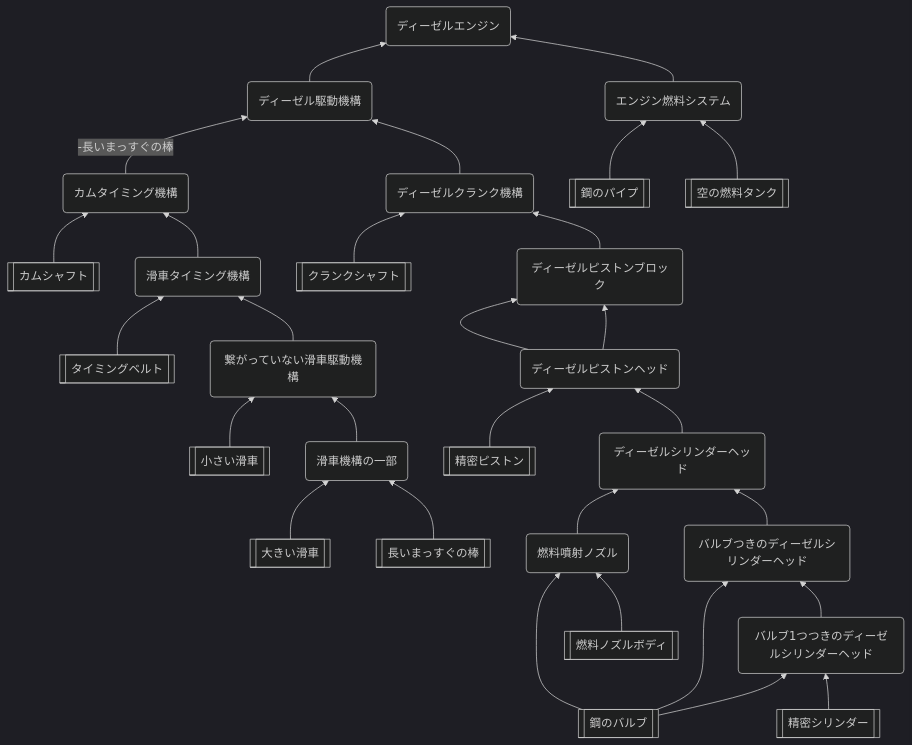
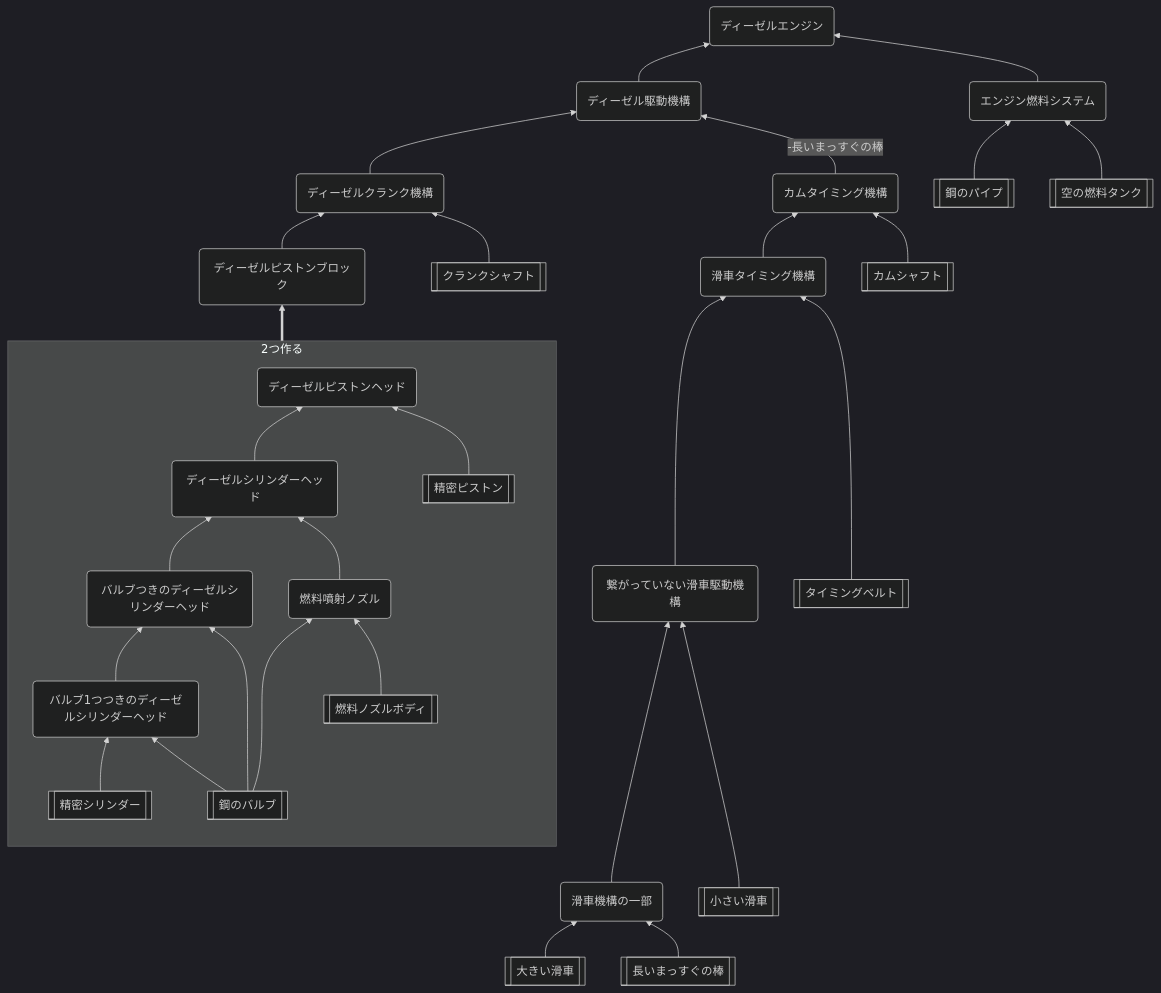
Before and after one commit to aya-0p/yah-craft-recipe: the diagram in Engine-craft.md, drawn with Mermaid (dark theme). The commit also changed other lines of this file, not shown here.

````diff
--- a/Engine-craft.md
+++ b/Engine-craft.md
@@ -2,45 +2,48 @@
 ```mermaid
 flowchart BT
 aa[[鋼のパイプ]]
 ab[[精密シリンダー]]
 ac[[燃料ノズルボディ]]
 ad[[鋼のバルブ]]
 ae[[精密ピストン]]
 af[[クランクシャフト]]
 ag[[大きい滑車]]
 ah[[小さい滑車]]
 ai[[タイミングベルト]]
 aj[[カムシャフト]]
 ak[[長いまっすぐの棒]]
 al[[空の燃料タンク]]
 
-ad --> ba(バルブ1つつきのディーゼルシリンダーヘッド)
-ab --> ba
-ad --> bb(バルブつきのディーゼルシリンダーヘッド)
-ba --> bb
+subgraph 2つ作る
+direction BT
+ab --> ba(バルブ1つつきのディーゼルシリンダーヘッド)
+ad --> ba
+ba --> bb(バルブつきのディーゼルシリンダーヘッド)
+ad --> bb
 ad --> bc(燃料噴射ノズル)
 ac --> bc
-bc --> bd(ディーゼルシリンダーヘッド)
-bb --> bd
-ae --> be(ディーゼルピストンヘッド)
-bd --> be
-be --> bf(ディーゼルピストンブロック)
-be --> bf
-af --> bg(ディーゼルクランク機構)
-bf --> bg
+bb --> bd(ディーゼルシリンダーヘッド)
+bc --> bd
+bd --> be(ディーゼルピストンヘッド)
+ae --> be
+end
+
+2つ作る ==> bf(ディーゼルピストンブロック)
+bf --> bg(ディーゼルクランク機構)
+af --> bg
 
 ag --> bh(滑車機構の一部)
 ak --> bh
-ah --> bi(繋がっていない滑車駆動機構)
-bh --> bi
-ai --> bj(滑車タイミング機構)
-bi --> bj
-aj --> bk(カムタイミング機構)
-bj --> bk
-bk -->|"-長いまっすぐの棒"| bl(ディーゼル駆動機構)
-bg --> bl
+bh --> bi(繋がっていない滑車駆動機構)
+ah --> bi
+bi --> bj(滑車タイミング機構)
+ai --> bj
+bj --> bk(カムタイミング機構)
+aj --> bk
+bg --> bl(ディーゼル駆動機構)
+bk -->|"-長いまっすぐの棒"| bl
 aa --> bn(エンジン燃料システム)
 al --> bn
 bl --> bm(ディーゼルエンジン)
 bn --> bm
 ```
````
